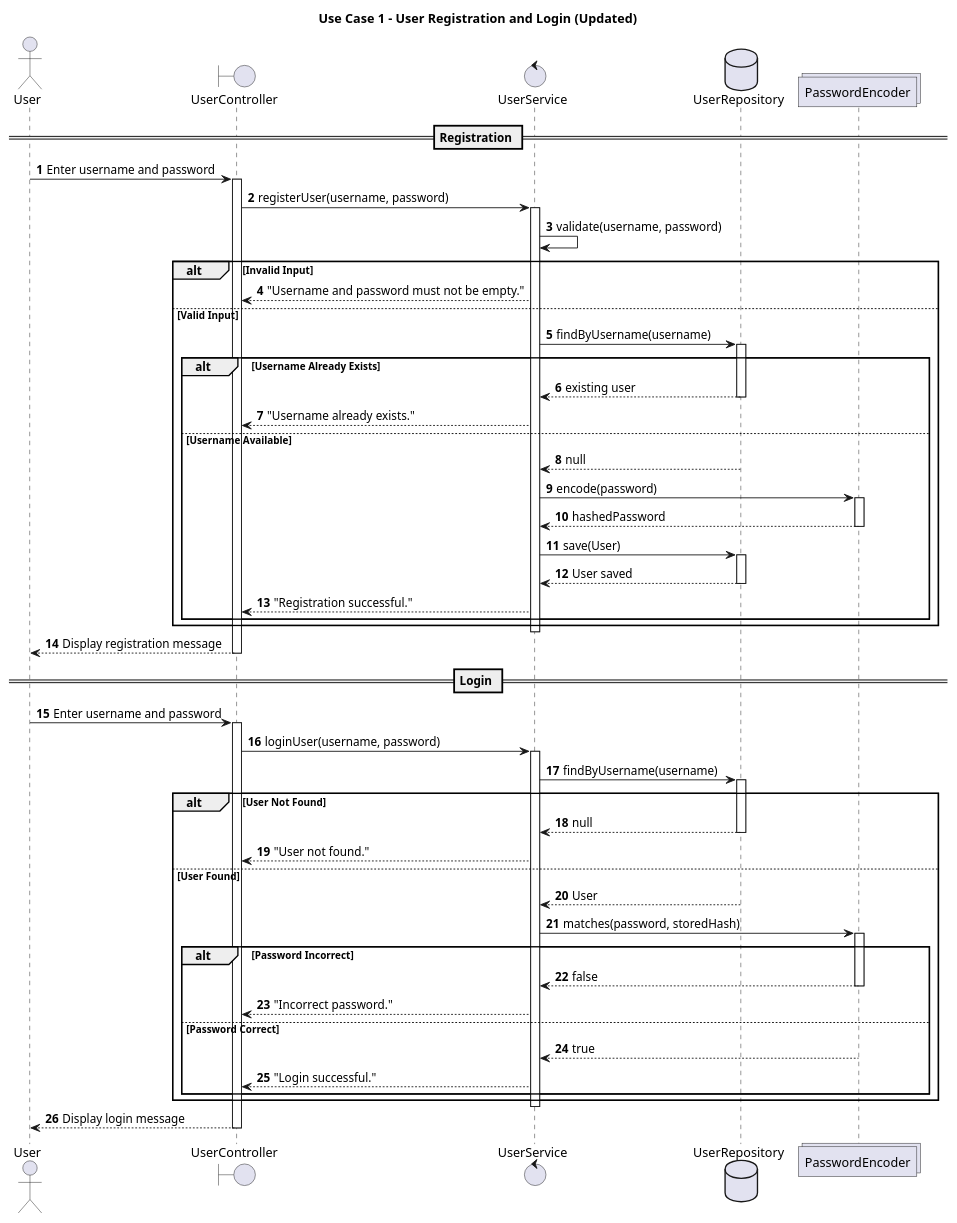
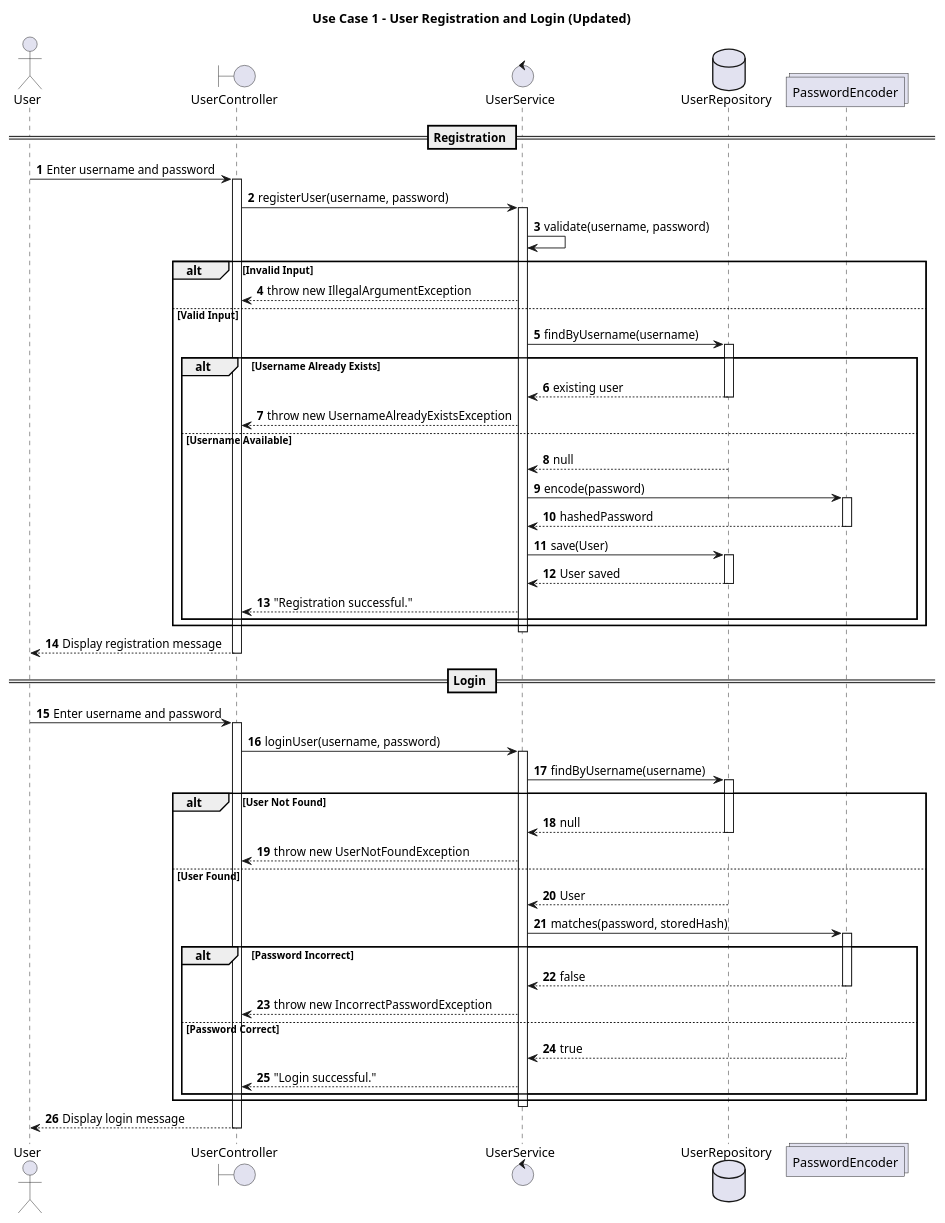
Before and after one commit to MohammedPatel-yorku/LegendsOfSwordAndWand: the diagram in Sequence Diagrams/Use Case 1_User Registration.puml, drawn with PlantUML. The commit also changed 13 other files, not shown here.

Commit message:
Diagrams Updated

```diff
--- a/Sequence Diagrams/Use Case 1_User Registration.puml
+++ b/Sequence Diagrams/Use Case 1_User Registration.puml
@@ -1,99 +1,99 @@
 @startuml
 ''autonumber each message
 autonumber
 
 skinparam responseMessageBelowArrow true
 
 title Use Case 1 - User Registration and Login (Updated)
 
 actor User
 boundary UserController
 control UserService
 database UserRepository
 collections PasswordEncoder
 
 == Registration ==
 
 User -> UserController: Enter username and password
 activate UserController
 
 UserController -> UserService: registerUser(username, password)
 activate UserService
 
 UserService -> UserService: validate(username, password)
 
 alt Invalid Input
-    UserService --> UserController: "Username and password must not be empty."
+    UserService --> UserController: throw new IllegalArgumentException
 
 else Valid Input
     UserService -> UserRepository: findByUsername(username)
     activate UserRepository
 
     alt Username Already Exists
         UserRepository --> UserService: existing user
         deactivate UserRepository
-        UserService --> UserController: "Username already exists."
+        UserService --> UserController: throw new UsernameAlreadyExistsException
 
     else Username Available
         UserRepository --> UserService: null
         deactivate UserRepository
 
         UserService -> PasswordEncoder: encode(password)
         activate PasswordEncoder
         PasswordEncoder --> UserService: hashedPassword
         deactivate PasswordEncoder
 
         UserService -> UserRepository: save(User)
         activate UserRepository
         UserRepository --> UserService: User saved
         deactivate UserRepository
 
         UserService --> UserController: "Registration successful."
     end
 end
 
 deactivate UserService
 UserController --> User: Display registration message
 deactivate UserController
 
 
 == Login ==
 
 User -> UserController: Enter username and password
 activate UserController
 
 UserController -> UserService: loginUser(username, password)
 activate UserService
 
 UserService -> UserRepository: findByUsername(username)
 activate UserRepository
 
 alt User Not Found
     UserRepository --> UserService: null
     deactivate UserRepository
-    UserService --> UserController: "User not found."
+    UserService --> UserController: throw new UserNotFoundException
 
 else User Found
     UserRepository --> UserService: User
     deactivate UserRepository
 
     UserService -> PasswordEncoder: matches(password, storedHash)
     activate PasswordEncoder
 
     alt Password Incorrect
         PasswordEncoder --> UserService: false
         deactivate PasswordEncoder
-        UserService --> UserController: "Incorrect password."
+        UserService --> UserController: throw new IncorrectPasswordException
 
     else Password Correct
         PasswordEncoder --> UserService: true
         deactivate PasswordEncoder
         UserService --> UserController: "Login successful."
     end
 end
 
 deactivate UserService
 UserController --> User: Display login message
 deactivate UserController
 
 @enduml
```
